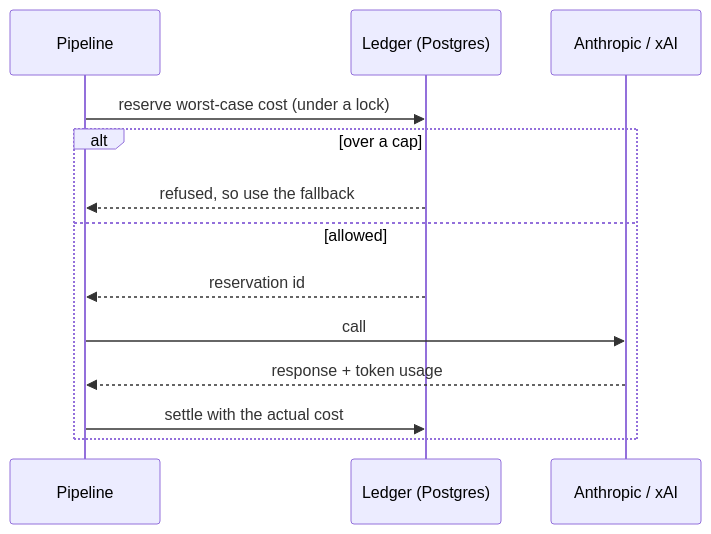
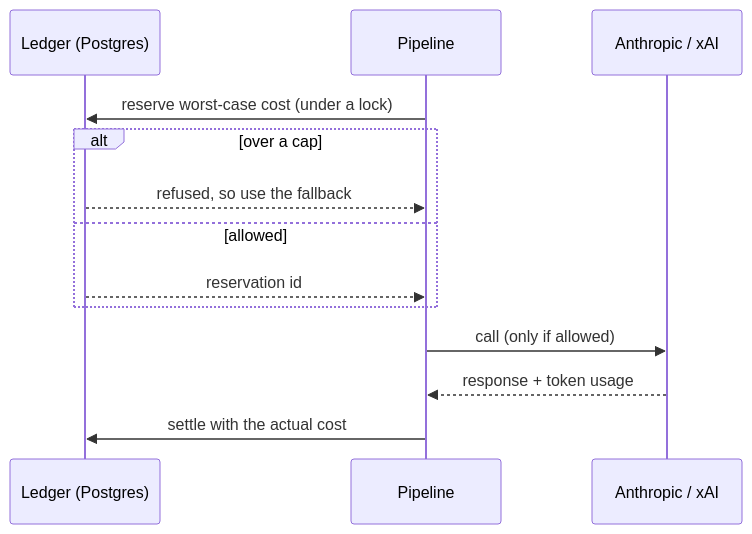
One commit to EmmadUsmani/news-digest changed the second of 2 diagrams in docs/handbook/01-app/06-ai-and-budgets.md. Above: the diagram before and after it, drawn with Mermaid. The commit also changed 10 other files, not shown here.

First line of the commit message:
Handbook: audit and fix every diagram for overlaps and clarity

````diff
--- a/docs/handbook/01-app/06-ai-and-budgets.md
+++ b/docs/handbook/01-app/06-ai-and-budgets.md
@@ -40,15 +40,15 @@
 ```mermaid
 sequenceDiagram
+  participant L as Ledger (Postgres)
   participant P as Pipeline
-  participant L as Ledger (Postgres)
   participant A as Anthropic / xAI
   P->>L: reserve worst-case cost (under a lock)
   alt over a cap
     L-->>P: refused, so use the fallback
   else allowed
     L-->>P: reservation id
-    P->>A: call
-    A-->>P: response + token usage
-    P->>L: settle with the actual cost
   end
+  P->>A: call (only if allowed)
+  A-->>P: response + token usage
+  P->>L: settle with the actual cost
 ```
````
